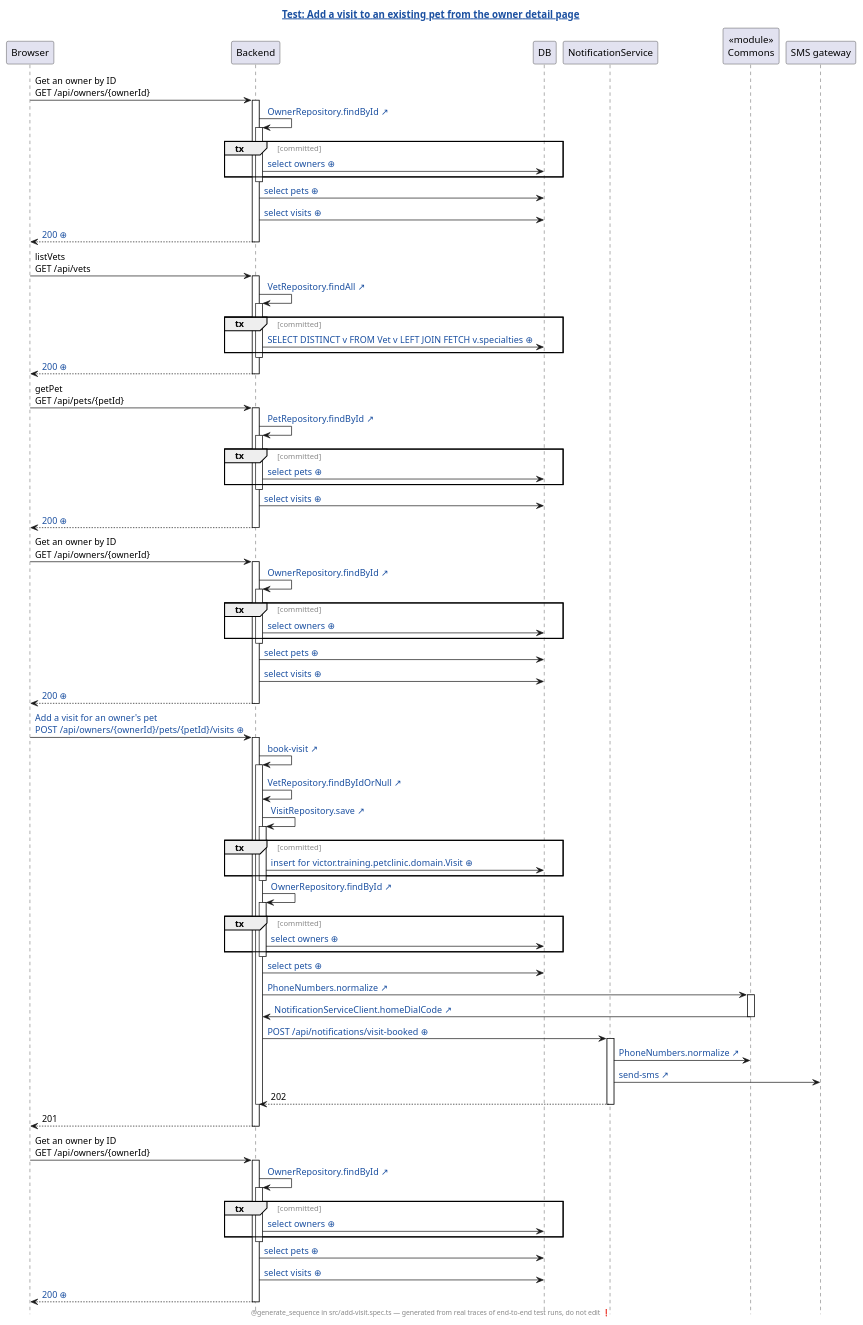
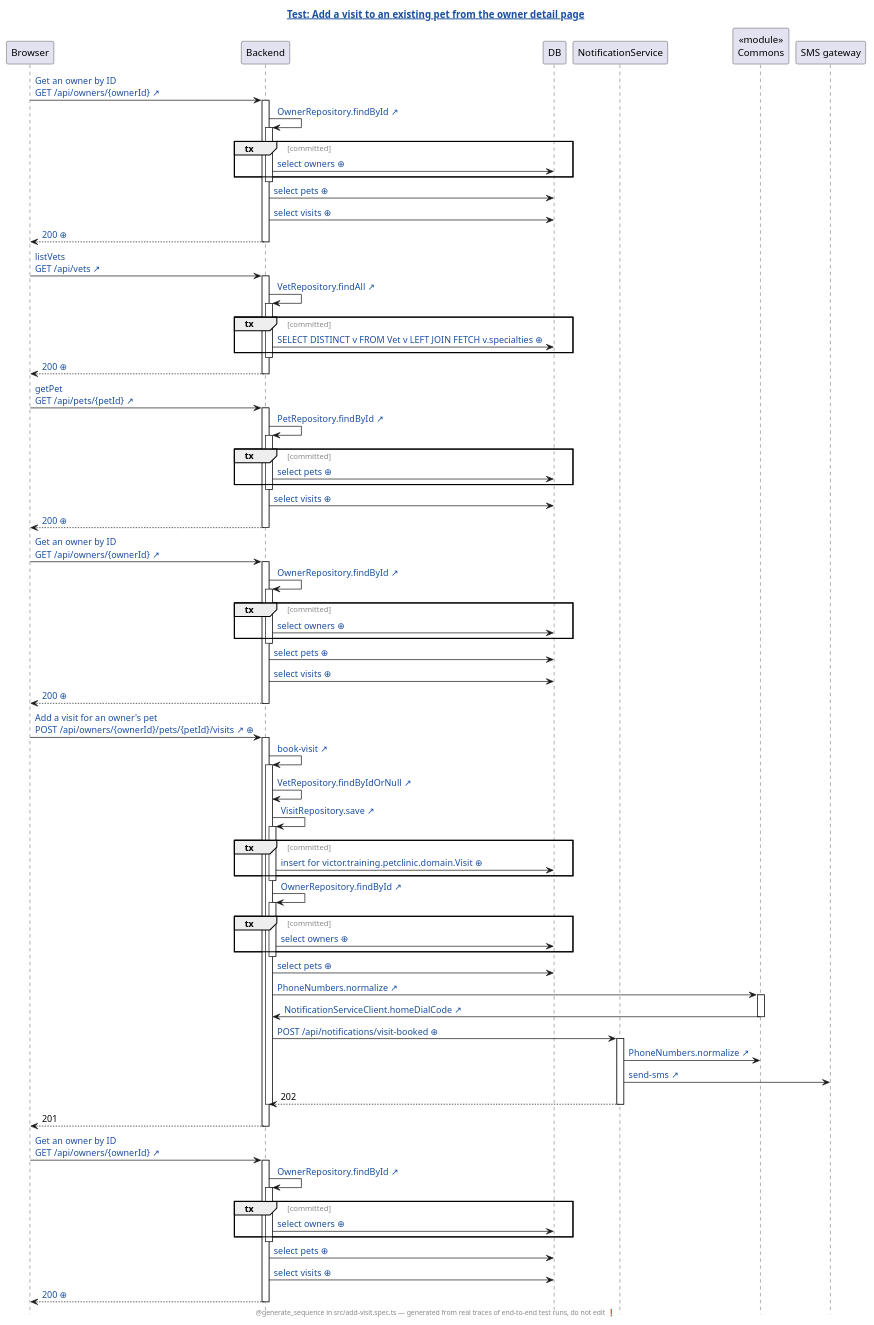
Before and after one commit to victorrentea/human-review: the diagram in demo/demo/assets/genseq/petclinic-test/generated/add-visit.spec.ts.add-a-visit-to-an-existing-pet-from-the-owner-detail-page.genseq.puml, drawn with PlantUML. The commit also changed 130 other files, not shown here.

```diff
--- a/demo/demo/assets/genseq/petclinic-test/generated/add-visit.spec.ts.add-a-visit-to-an-existing-pet-from-the-owner-detail-page.genseq.puml
+++ b/demo/demo/assets/genseq/petclinic-test/generated/add-visit.spec.ts.add-a-visit-to-an-existing-pet-from-the-owner-detail-page.genseq.puml
@@ -1,104 +1,104 @@
 @startuml
 ' ⚠️  GENERATED FILE — DO NOT EDIT. Every edit is lost on the next run.
 hide footbox
 skinparam hyperlinkUnderline false
 skinparam hyperlinkColor #1A4FA0
 skinparam sequenceGroupFontColor #888888
 skinparam sequenceGroupFontStyle plain
 title [[src://petclinic-test/src/add-visit.spec.ts:34{Click to open the test} Test: Add a visit to an existing pet from the owner detail page]]
 footer @generate_sequence in src/add-visit.spec.ts — generated from real traces of end-to-end test runs, do not edit ❗
 participant Browser
 participant Backend
 participant DB
 participant NotificationService
 participant "«module»\nCommons" as Commons
 participant "SMS gateway"
-Browser -> Backend: Get an owner by ID\nGET /api/owners/{ownerId}
+Browser -> Backend: [[src://petclinic-frontend/src/app/owners/owner-detail/owner-detail.component.ts:22{Click to open the line that sent this request: owner-detail.component.ts:22} Get an owner by ID\nGET /api/owners/{ownerId} ↗]]
 activate Backend
 Backend -> Backend: [[src://petclinic-backend/src/main/java/victor/training/petclinic/repository/OwnerRepository.java:14{Click to open OwnerRepository.findById} OwnerRepository.findById ↗]]
 activate Backend
 group tx [committed]
 Backend -> DB: [[genseq://0x8aana{Click for the statement behind this call} select owners ⊕]]
 end
 deactivate Backend
 Backend -> DB: [[genseq://18567ho{Click for the statement behind this call} select pets ⊕]]
 Backend -> DB: [[genseq://1eq1h2q{Click for the statement behind this call} select visits ⊕]]
 Backend --> Browser: [[genseq://1bhasc1{Click for this call’s JSON body} 200 ⊕]]
 deactivate Backend
-Browser -> Backend: listVets\nGET /api/vets
+Browser -> Backend: [[src://petclinic-frontend/src/app/visits/visit-add/visit-add.component.ts:46{Click to open the line that sent this request: visit-add.component.ts:46} listVets\nGET /api/vets ↗]]
 activate Backend
 Backend -> Backend: [[src://petclinic-backend/src/main/java/victor/training/petclinic/repository/VetRepository.java:13{Click to open VetRepository.findAll} VetRepository.findAll ↗]]
 activate Backend
 group tx [committed]
 Backend -> DB: [[genseq://0p6yxbc{Click for the statement behind this call} SELECT DISTINCT v FROM Vet v LEFT JOIN FETCH v.specialties ⊕]]
 end
 deactivate Backend
 Backend --> Browser: [[genseq://1nmg2oo{Click for this call’s JSON body} 200 ⊕]]
 deactivate Backend
-Browser -> Backend: getPet\nGET /api/pets/{petId}
+Browser -> Backend: [[src://petclinic-frontend/src/app/visits/visit-add/visit-add.component.ts:48{Click to open the line that sent this request: visit-add.component.ts:48} getPet\nGET /api/pets/{petId} ↗]]
 activate Backend
 Backend -> Backend: [[src://petclinic-backend/src/main/java/victor/training/petclinic/repository/PetRepository.java:16{Click to open PetRepository.findById} PetRepository.findById ↗]]
 activate Backend
 group tx [committed]
 Backend -> DB: [[genseq://0y7w2ps{Click for the statement behind this call} select pets ⊕]]
 end
 deactivate Backend
 Backend -> DB: [[genseq://1eq1h2q{Click for the statement behind this call} select visits ⊕]]
 Backend --> Browser: [[genseq://0n1gsl8{Click for this call’s JSON body} 200 ⊕]]
 deactivate Backend
-Browser -> Backend: Get an owner by ID\nGET /api/owners/{ownerId}
+Browser -> Backend: [[src://petclinic-frontend/src/app/visits/visit-add/visit-add.component.ts:53{Click to open the line that sent this request: visit-add.component.ts:53} Get an owner by ID\nGET /api/owners/{ownerId} ↗]]
 activate Backend
 Backend -> Backend: [[src://petclinic-backend/src/main/java/victor/training/petclinic/repository/OwnerRepository.java:14{Click to open OwnerRepository.findById} OwnerRepository.findById ↗]]
 activate Backend
 group tx [committed]
 Backend -> DB: [[genseq://0x8aana{Click for the statement behind this call} select owners ⊕]]
 end
 deactivate Backend
 Backend -> DB: [[genseq://18567ho{Click for the statement behind this call} select pets ⊕]]
 Backend -> DB: [[genseq://1eq1h2q{Click for the statement behind this call} select visits ⊕]]
 Backend --> Browser: [[genseq://1bhasc1{Click for this call’s JSON body} 200 ⊕]]
 deactivate Backend
-Browser -> Backend: [[genseq://03ccor4{Click for this call’s JSON body} Add a visit for an owner's pet\nPOST /api/owners/{ownerId}/pets/{petId}/visits ⊕]]
+Browser -> Backend: [[src://petclinic-frontend/src/app/visits/visit-add/visit-add.component.ts:69{Click to open the line that sent this request: visit-add.component.ts:69 ← visit-add.component.html:25} Add a visit for an owner's pet\nPOST /api/owners/{ownerId}/pets/{petId}/visits ↗]] [[genseq://1vizg25{Click for this call’s JSON body} ⊕]]
 activate Backend
 Backend -> Backend: [[src://petclinic-backend/src/main/java/victor/training/petclinic/rest/OwnerRestController.java:193{Click to open OwnerRestController.bookVisit} book-visit ↗]]
 activate Backend
 Backend -> Backend: [[src://petclinic-backend/src/main/java/victor/training/petclinic/repository/VetRepository.java:19{Click to open VetRepository.findByIdOrNull} VetRepository.findByIdOrNull ↗]]
 Backend -> Backend: [[src://petclinic-backend/src/main/java/victor/training/petclinic/repository/VisitRepository.java:14{Click to open VisitRepository.save} VisitRepository.save ↗]]
 activate Backend
 group tx [committed]
-Backend -> DB: [[genseq://1vk69av{Click for the statement behind this call} insert for victor.training.petclinic.domain.Visit ⊕]]
+Backend -> DB: [[genseq://1rehuia{Click for the statement behind this call} insert for victor.training.petclinic.domain.Visit ⊕]]
 end
 deactivate Backend
 Backend -> Backend: [[src://petclinic-backend/src/main/java/victor/training/petclinic/repository/OwnerRepository.java:14{Click to open OwnerRepository.findById} OwnerRepository.findById ↗]]
 activate Backend
 group tx [committed]
 Backend -> DB: [[genseq://0x8aana{Click for the statement behind this call} select owners ⊕]]
 end
 deactivate Backend
 Backend -> DB: [[genseq://18567ho{Click for the statement behind this call} select pets ⊕]]
 Backend -> Commons: [[src://petclinic-commons/src/main/java/victor/training/commons/PhoneNumbers.java:14{Click to open PhoneNumbers.normalize} PhoneNumbers.normalize ↗]]
 activate Commons
 Commons -> Backend: [[src://petclinic-backend/src/main/java/victor/training/petclinic/notification/NotificationServiceClient.java:45{Click to open NotificationServiceClient.homeDialCode} NotificationServiceClient.homeDialCode ↗]]
 deactivate Commons
 Backend -> NotificationService: [[genseq://1p4ogm5{Click for this call’s JSON body} POST /api/notifications/visit-booked ⊕]]
 activate NotificationService
 NotificationService -> Commons: [[src://petclinic-commons/src/main/java/victor/training/commons/PhoneNumbers.java:8{Click to open PhoneNumbers.normalize} PhoneNumbers.normalize ↗]]
 NotificationService -> "SMS gateway": [[src://notification-service/src/main/java/victor/training/notification/SmsGateway.java:23{Click to open SmsGateway.send} send-sms ↗]]
 NotificationService --> Backend: 202
 deactivate NotificationService
 deactivate Backend
 Backend --> Browser: 201
 deactivate Backend
-Browser -> Backend: Get an owner by ID\nGET /api/owners/{ownerId}
+Browser -> Backend: [[src://petclinic-frontend/src/app/owners/owner-detail/owner-detail.component.ts:22{Click to open the line that sent this request: owner-detail.component.ts:22} Get an owner by ID\nGET /api/owners/{ownerId} ↗]]
 activate Backend
 Backend -> Backend: [[src://petclinic-backend/src/main/java/victor/training/petclinic/repository/OwnerRepository.java:14{Click to open OwnerRepository.findById} OwnerRepository.findById ↗]]
 activate Backend
 group tx [committed]
 Backend -> DB: [[genseq://0x8aana{Click for the statement behind this call} select owners ⊕]]
 end
 deactivate Backend
 Backend -> DB: [[genseq://18567ho{Click for the statement behind this call} select pets ⊕]]
 Backend -> DB: [[genseq://1eq1h2q{Click for the statement behind this call} select visits ⊕]]
-Backend --> Browser: [[genseq://14tfktm{Click for this call’s JSON body} 200 ⊕]]
+Backend --> Browser: [[genseq://0jnnn6p{Click for this call’s JSON body} 200 ⊕]]
 deactivate Backend
 @enduml
```
